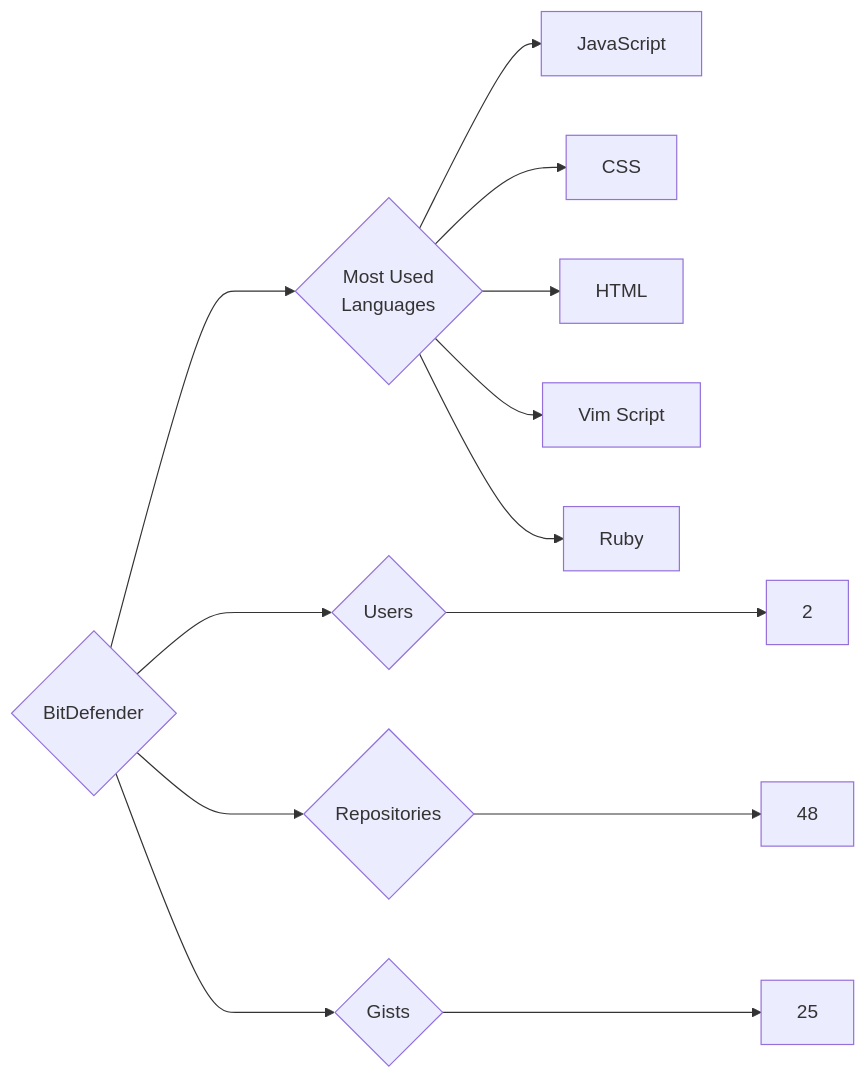
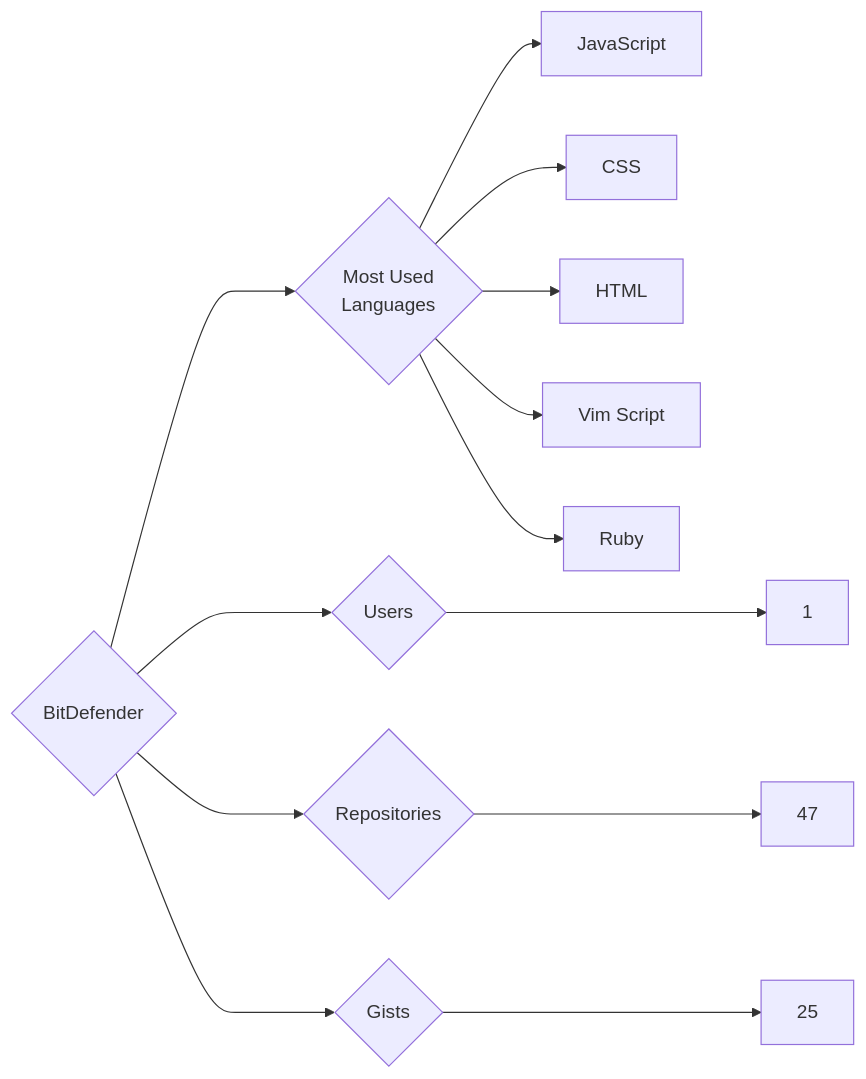
Before and after one commit to trickest/insiders: the diagram in targets/BitDefender/README.md, drawn with Mermaid. The commit also changed 938 other files, not shown here.

````diff
--- a/targets/BitDefender/README.md
+++ b/targets/BitDefender/README.md
@@ -3,13 +3,13 @@
 ```mermaid
 graph LR
 COMPANY_NAME{BitDefender}
-COMPANY_NAME ---> U{Users} ---> UN[2]
-COMPANY_NAME ---> R{Repositories} ---> RN[48]
+COMPANY_NAME ---> U{Users} ---> UN[1]
+COMPANY_NAME ---> R{Repositories} ---> RN[47]
 COMPANY_NAME ---> G{Gists} ---> GN[25]
 COMPANY_NAME ---> ML{Most Used<br>Languages}
 ML --> JavaScript[JavaScript]
 ML --> CSS[CSS]
 ML --> HTML[HTML]
 ML --> Vim_Script[Vim Script]
 ML --> Ruby[Ruby]
 ```
````
